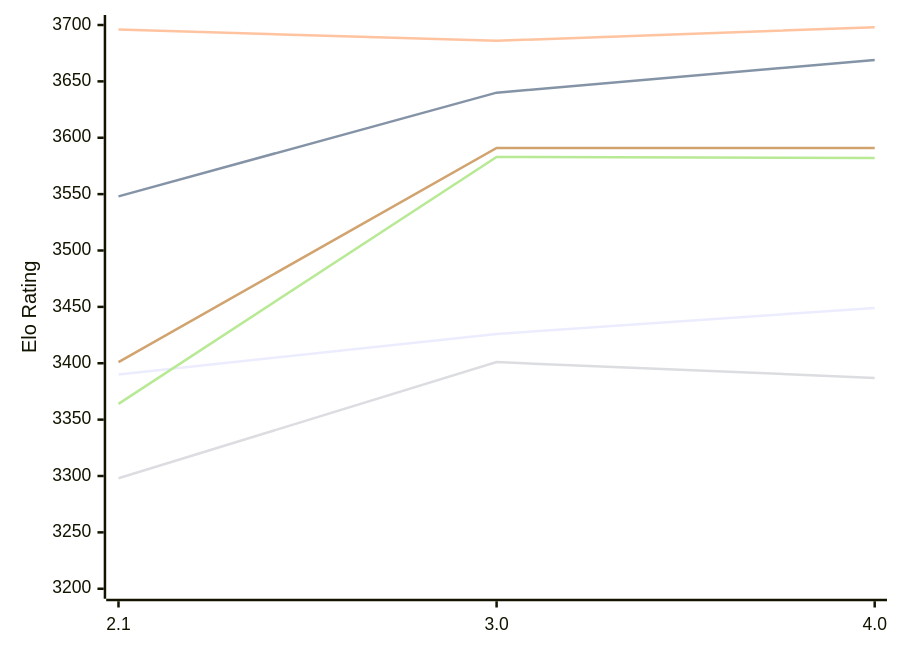
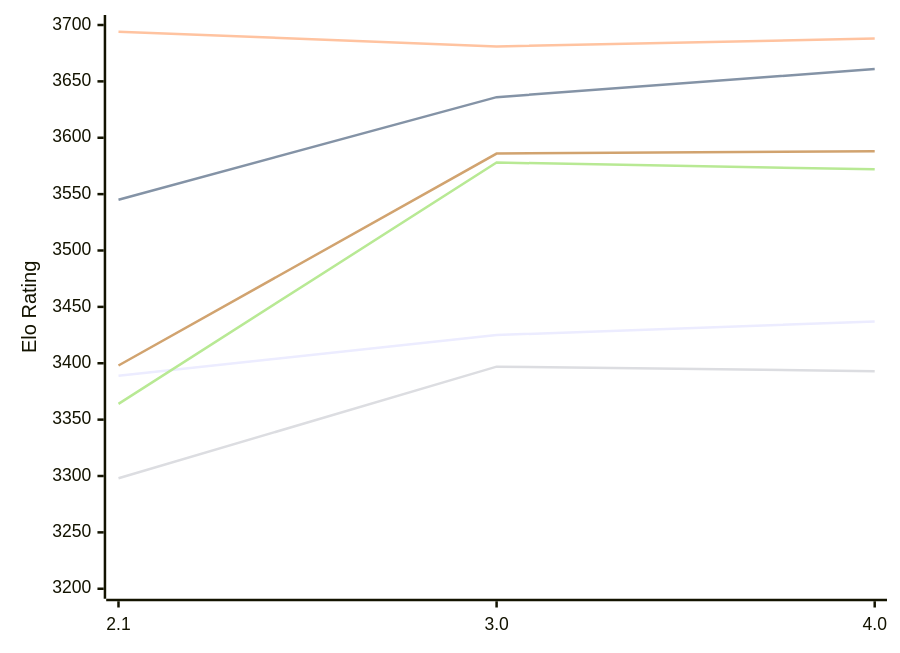
The first of 2 diagrams in engines/Hobbes.md (computer-chess-index/cci), drawn with Mermaid before and after one commit. The commit also changed other lines of this file, not shown here.

Commit message:
Update CCI Ratings (ELO VLTC) - 2026-11-19

````diff
--- a/engines/Hobbes.md
+++ b/engines/Hobbes.md
@@ -53,12 +53,12 @@
 ```mermaid
 %%{init: {"theme":"base","themeVariables":{"seriesColors:['#a3a3a3','#222221','#faa371']}}}%%
 xychart-beta
   x-axis ["2.1", "3.0", "4.0"]
   y-axis "Elo Rating" 3200 --> 3700
-  line "E1: STC (8.0+0.08s)" [3390, 3426, 3449]
-  line "E1: LTC (60.0+0.60s)" [3548, 3640, 3669]
-  line "E1: VLTC (2m24s+1.12s)" [3696, 3686, 3698]
-  line "P1: STC (8.0+0.08s)" [3298, 3401, 3387]
-  line "P1: LTC (60.0+0.60s)" [3364, 3583, 3582]
-  line "P1: VLTC (2m24s+1.12s)" [3401, 3591, 3591]
+  line "E1: STC (8.0+0.08s)" [3389, 3425, 3437]
+  line "E1: LTC (60.0+0.60s)" [3545, 3636, 3661]
+  line "E1: VLTC (2m24s+1.12s)" [3694, 3681, 3688]
+  line "P1: STC (8.0+0.08s)" [3298, 3397, 3393]
+  line "P1: LTC (60.0+0.60s)" [3364, 3578, 3572]
+  line "P1: VLTC (2m24s+1.12s)" [3398, 3586, 3588]
 ```
````
